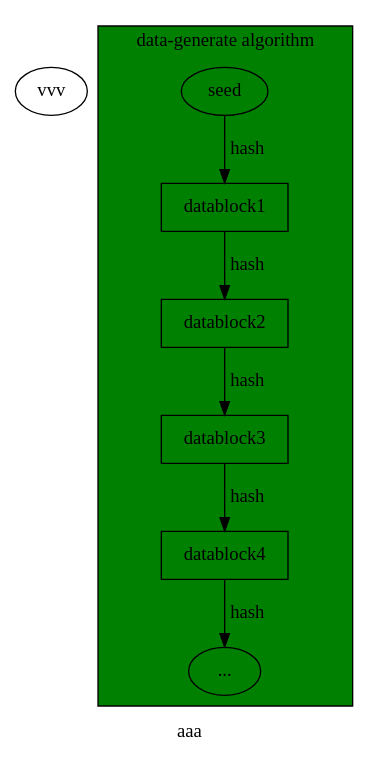
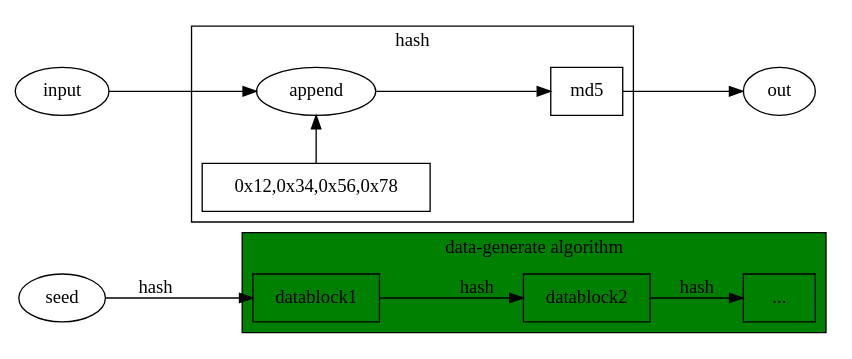
The diagram in introduce/WIP/RandomGenerator.dot (visual0zz/encrypter), drawn with Graphviz before and after one commit. The commit also changed other lines of this file and 7 other files, not shown here.

```diff
--- a/introduce/WIP/RandomGenerator.dot
+++ b/introduce/WIP/RandomGenerator.dot
@@ -1,18 +1,31 @@
 digraph random_core{
-    label="aaa";
-    vvv;
+    rankdir=LR;
+    seed;
+    out;
+    seed->datablock1[label="hash"];
     subgraph cluster_asdf{
         label="data-generate algorithm";
         bgcolor=green;
         datablock1[shape="box"];
         datablock2[shape="box"];
-        datablock3[shape="box"];
-        datablock4[shape="box"];
-        "...";
-        seed->datablock1[label="hash"];
+        "..."[shape=box];
         datablock1->datablock2[label="hash"];
-        datablock2->datablock3[label="hash"];
-        datablock3->datablock4[label="hash"];
-        datablock4->"..."[label="hash"];
+        datablock2->"..."[label="hash"];
+        //{rank=same;out,"..."}
     }
+    input;
+    input -> add;
+    subgraph cluster_nerf{
+    label="hash";
+    add[label="append"];
+    source[label="0x12,0x34,0x56,0x78",shape=box];
+    source->add;
+    md5[shape=box];
+    add->md5;
+    {rank=same;add,source}
+    }
+    md5->out;
+
+    {rank=same;input,seed}
+
 }
```
